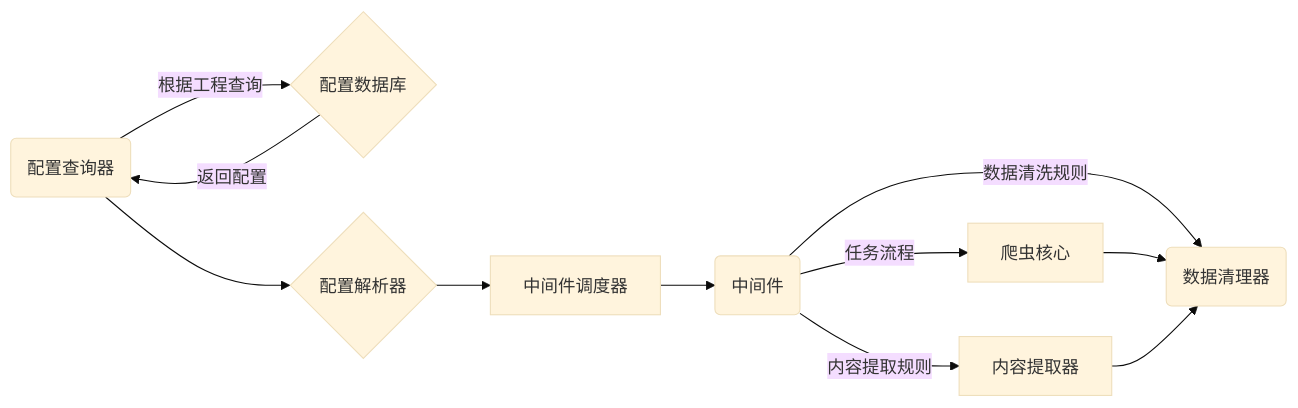
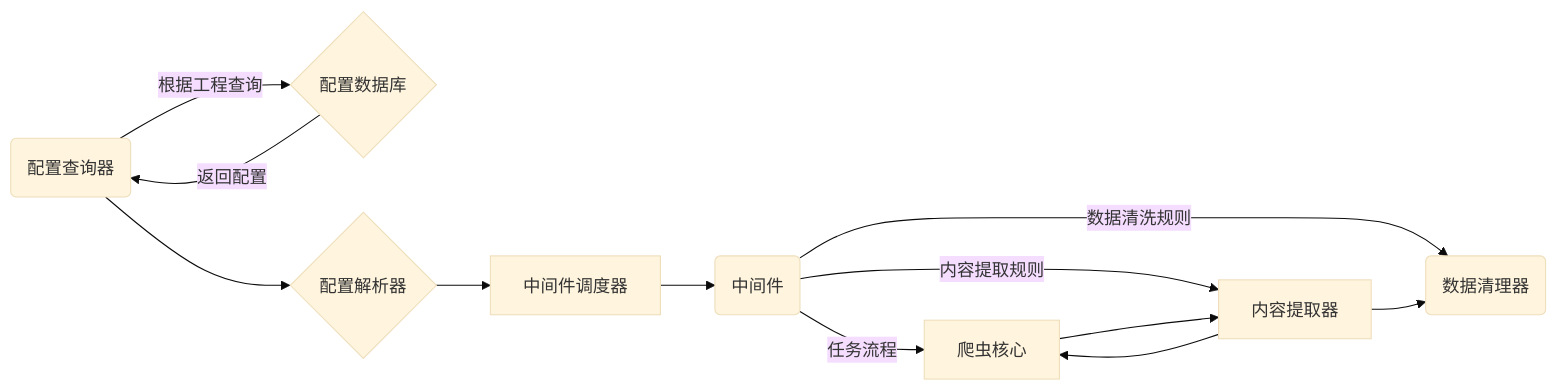
The diagram in DevelopmentOfTheDocument.md (SukeBann/SimpleSpider), drawn with Mermaid (base theme) before and after one commit. The commit also changed other lines of this file and 10 other files, not shown here.

````diff
--- a/DevelopmentOfTheDocument.md
+++ b/DevelopmentOfTheDocument.md
@@ -56,11 +57,11 @@
 ```mermaid
 graph LR
 B(配置查询器) -->|根据工程查询|A{配置数据库}-->|返回配置| B
     B --> C{配置解析器} --> D[中间件调度器]
     D --> H(中间件)
     H -->|任务流程| E[爬虫核心]
     H -->|内容提取规则| F[内容提取器]
+    E --> F --> E
     H -->|数据清洗规则| G(数据清理器)
-    E --> G
     F --> G
 ```
````
